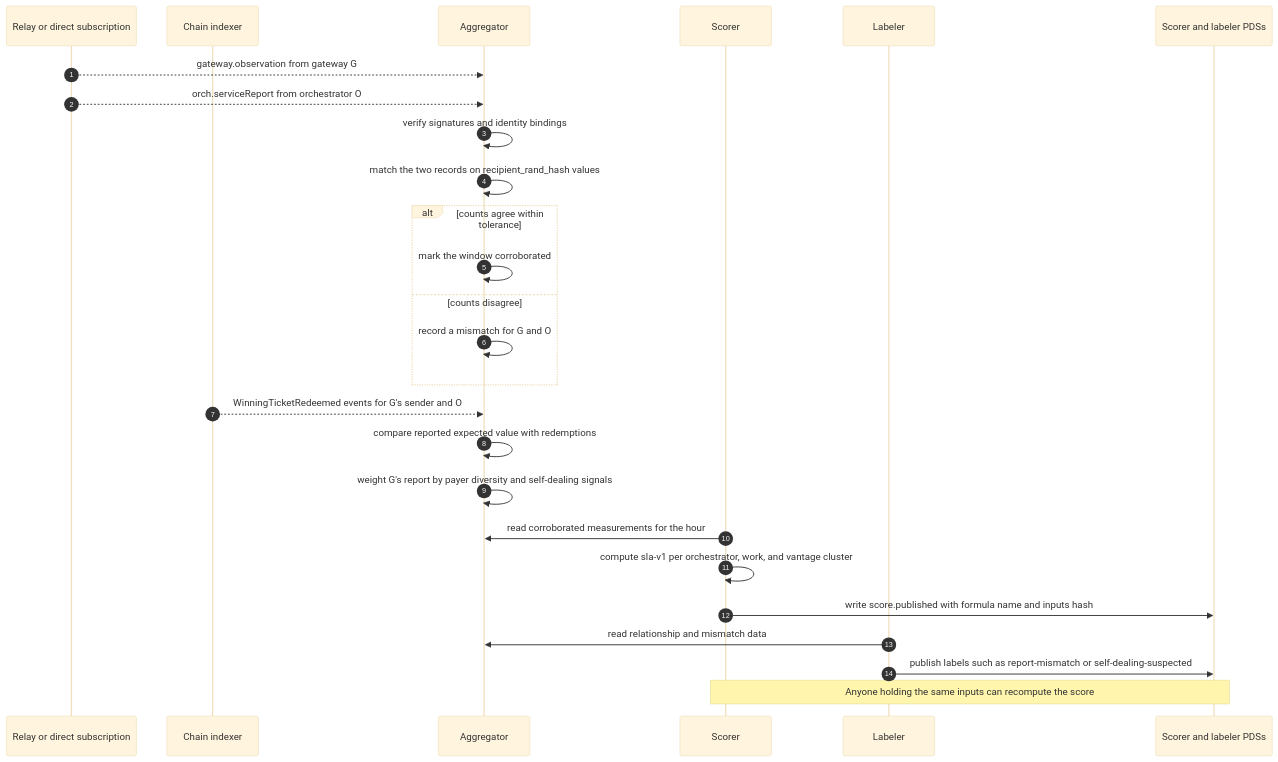
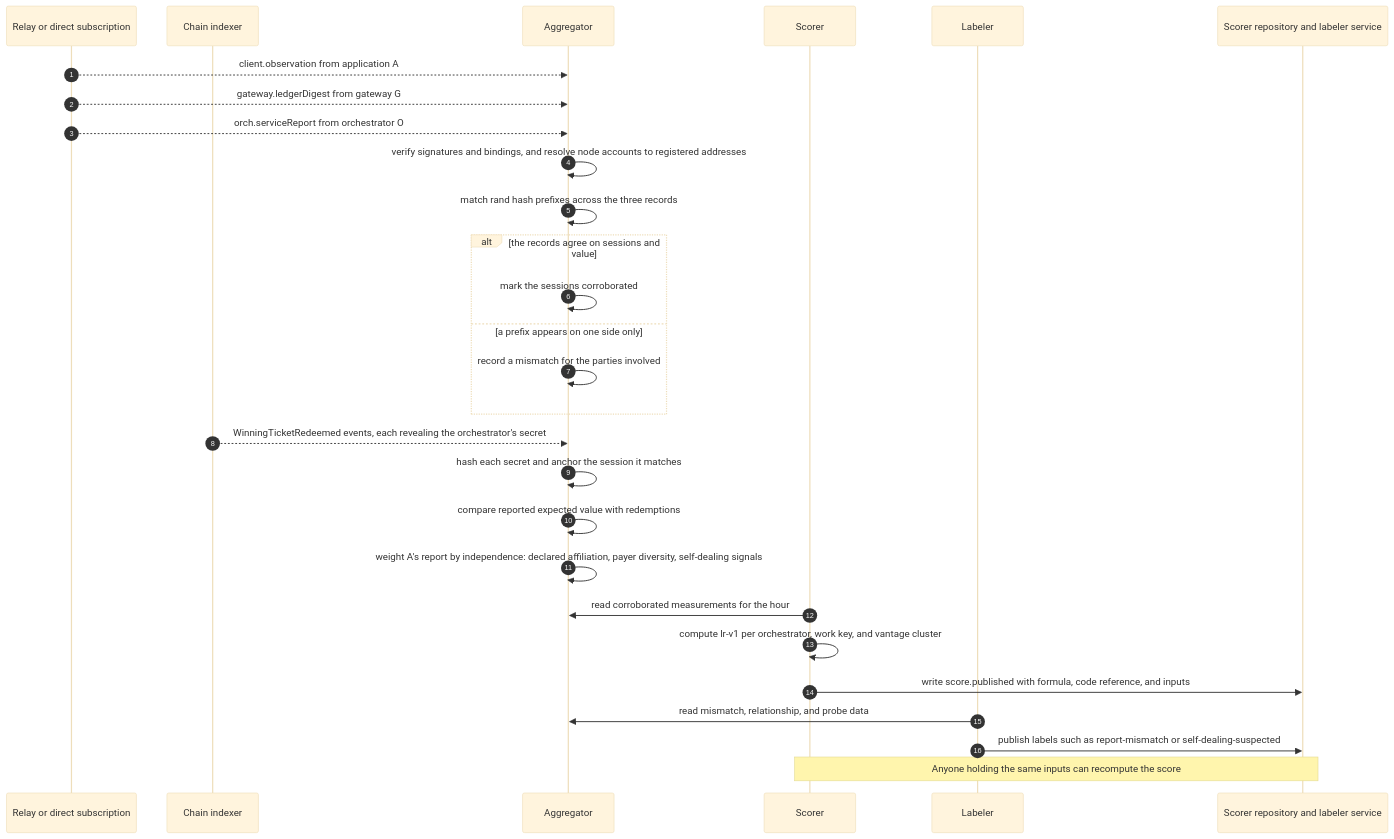
The fourth of 8 diagrams in appendix-d-sequence-diagrams.md (Cloud-SPE/Livepeer-AT-Protocol), drawn with Mermaid (base theme) before and after one commit. The commit also changed other lines of this file and 6 other files, not shown here.

````diff
--- a/appendix-d-sequence-diagrams.md
+++ b/appendix-d-sequence-diagrams.md
@@ -130,29 +166,31 @@
 ```mermaid
 sequenceDiagram
   autonumber
   participant Rel as Relay or direct subscription
   participant Idx as Chain indexer
   participant Agg as Aggregator
   participant Sco as Scorer
   participant Lab as Labeler
-  participant XP as Scorer and labeler PDSs
+  participant XP as Scorer repository and labeler service
 
-  Rel-->>Agg: gateway.observation from gateway G
+  Rel-->>Agg: client.observation from application A
+  Rel-->>Agg: gateway.ledgerDigest from gateway G
   Rel-->>Agg: orch.serviceReport from orchestrator O
-  Agg->>Agg: verify signatures and identity bindings
-  Agg->>Agg: match the two records on recipient_rand_hash values
-  alt counts agree within tolerance
-    Agg->>Agg: mark the window corroborated
-  else counts disagree
-    Agg->>Agg: record a mismatch for G and O
+  Agg->>Agg: verify signatures and bindings, and resolve node accounts to registered addresses
+  Agg->>Agg: match rand hash prefixes across the three records
+  alt the records agree on sessions and value
+    Agg->>Agg: mark the sessions corroborated
+  else a prefix appears on one side only
+    Agg->>Agg: record a mismatch for the parties involved
   end
-  Idx-->>Agg: WinningTicketRedeemed events for G's sender and O
+  Idx-->>Agg: WinningTicketRedeemed events, each revealing the orchestrator's secret
+  Agg->>Agg: hash each secret and anchor the session it matches
   Agg->>Agg: compare reported expected value with redemptions
-  Agg->>Agg: weight G's report by payer diversity and self-dealing signals
+  Agg->>Agg: weight A's report by independence: declared affiliation, payer diversity, self-dealing signals
   Sco->>Agg: read corroborated measurements for the hour
-  Sco->>Sco: compute sla-v1 per orchestrator, work, and vantage cluster
-  Sco->>XP: write score.published with formula name and inputs hash
-  Lab->>Agg: read relationship and mismatch data
+  Sco->>Sco: compute lr-v1 per orchestrator, work key, and vantage cluster
+  Sco->>XP: write score.published with formula, code reference, and inputs
+  Lab->>Agg: read mismatch, relationship, and probe data
   Lab->>XP: publish labels such as report-mismatch or self-dealing-suspected
   Note over Sco,XP: Anyone holding the same inputs can recompute the score
 ```
````
